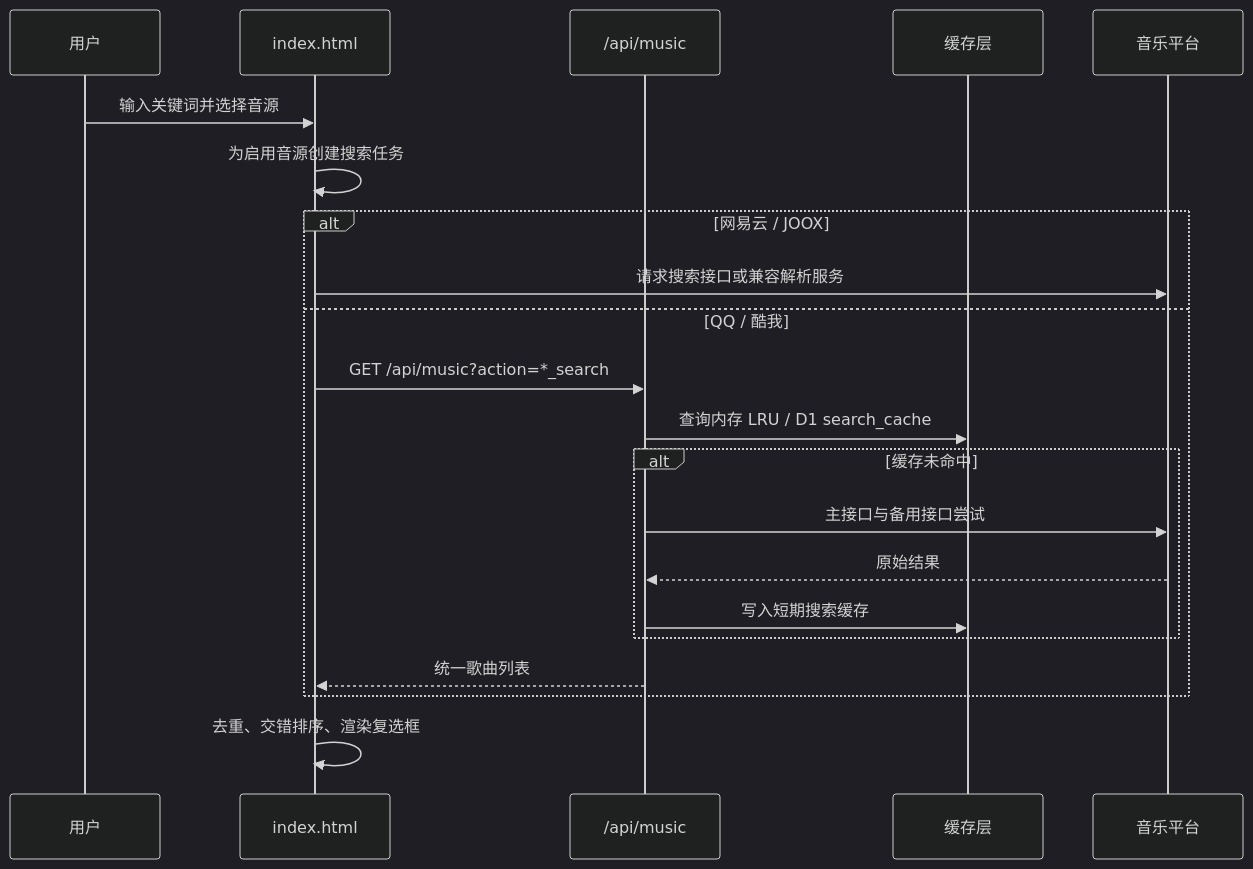
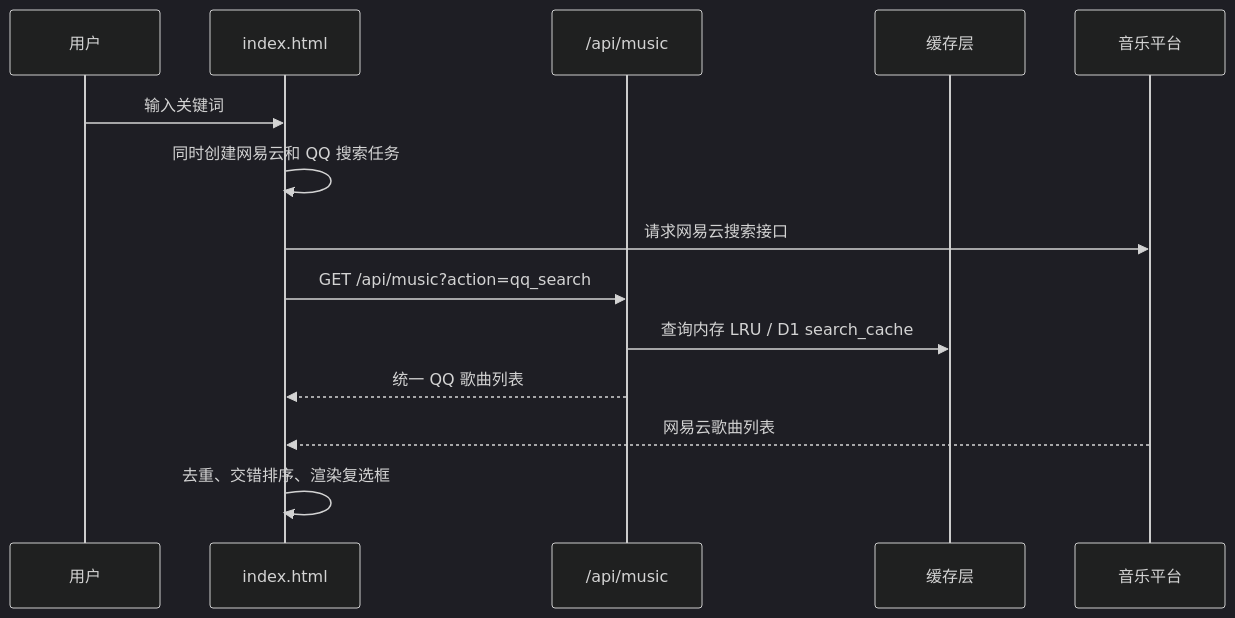
Before and after one commit to zhoujungis/halo_music: the third of 4 diagrams in README.md, drawn with Mermaid (dark theme). The commit also changed other lines of this file and 22 other files, not shown here.

````diff
--- a/README.md
+++ b/README.md
@@ -151,23 +148,16 @@
 ```mermaid
 sequenceDiagram
     participant U as 用户
     participant V as index.html
     participant F as /api/music
     participant C as 缓存层
     participant P as 音乐平台
-    U->>V: 输入关键词并选择音源
-    V->>V: 为启用音源创建搜索任务
-    alt 网易云 / JOOX
-        V->>P: 请求搜索接口或兼容解析服务
-    else QQ / 酷我
-        V->>F: GET /api/music?action=*_search
-        F->>C: 查询内存 LRU / D1 search_cache
-        alt 缓存未命中
-            F->>P: 主接口与备用接口尝试
-            P-->>F: 原始结果
-            F->>C: 写入短期搜索缓存
-        end
-        F-->>V: 统一歌曲列表
-    end
+    U->>V: 输入关键词
+    V->>V: 同时创建网易云和 QQ 搜索任务
+    V->>P: 请求网易云搜索接口
+    V->>F: GET /api/music?action=qq_search
+    F->>C: 查询内存 LRU / D1 search_cache
+    F-->>V: 统一 QQ 歌曲列表
+    P-->>V: 网易云歌曲列表
     V->>V: 去重、交错排序、渲染复选框
 ```
````
